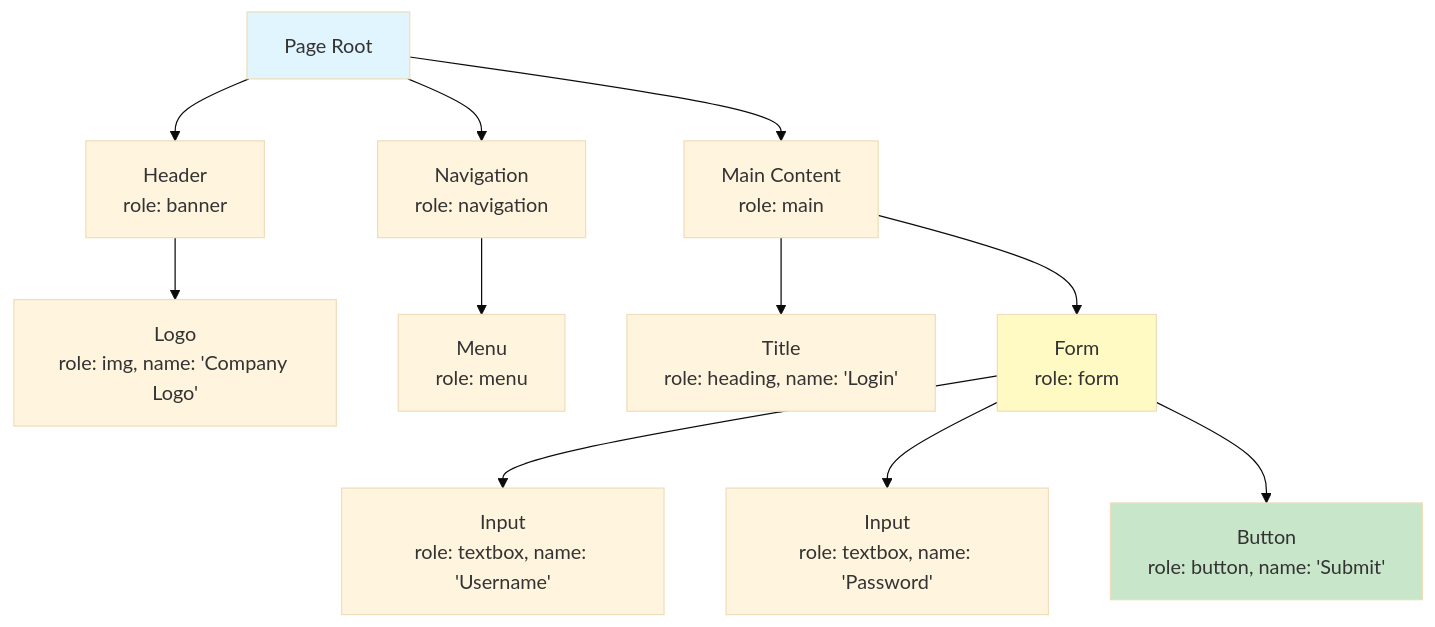
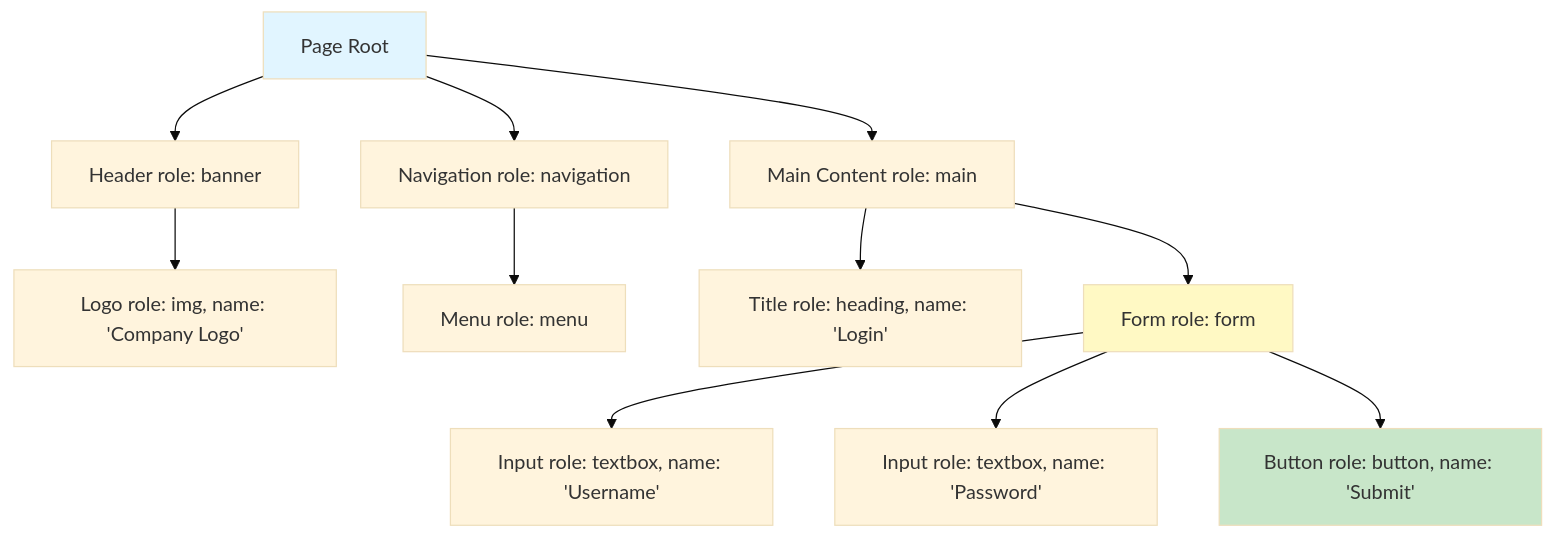
The eighth of 19 diagrams in wiki/Playwright-Client.md (softwarewrighter/ui-test-rs), drawn with Mermaid (base theme) before and after one commit. The commit also changed other lines of this file and 10 other files, not shown here.

First line of the commit message:
Fix wiki Mermaid diagrams: remove <br/> tags

````diff
--- a/wiki/Playwright-Client.md
+++ b/wiki/Playwright-Client.md
@@ -268,36 +268,36 @@
 ```mermaid
 graph TB
     Root[Page Root]
 
-    Header[Header<br/>role: banner]
-    Nav[Navigation<br/>role: navigation]
-    Main[Main Content<br/>role: main]
+    Header[Header role: banner]
+    Nav[Navigation role: navigation]
+    Main[Main Content role: main]
 
-    Logo[Logo<br/>role: img, name: 'Company Logo']
-    Menu[Menu<br/>role: menu]
+    Logo[Logo role: img, name: 'Company Logo']
+    Menu[Menu role: menu]
 
-    Title[Title<br/>role: heading, name: 'Login']
-    Form[Form<br/>role: form]
+    Title[Title role: heading, name: 'Login']
+    Form[Form role: form]
 
-    Username[Input<br/>role: textbox, name: 'Username']
-    Password[Input<br/>role: textbox, name: 'Password']
-    Submit[Button<br/>role: button, name: 'Submit']
+    Username[Input role: textbox, name: 'Username']
+    Password[Input role: textbox, name: 'Password']
+    Submit[Button role: button, name: 'Submit']
 
     Root --> Header
     Root --> Nav
     Root --> Main
 
     Header --> Logo
     Nav --> Menu
 
     Main --> Title
     Main --> Form
 
     Form --> Username
     Form --> Password
     Form --> Submit
 
     style Root fill:#e1f5ff
     style Form fill:#fff9c4
     style Submit fill:#c8e6c9
 ```
````
